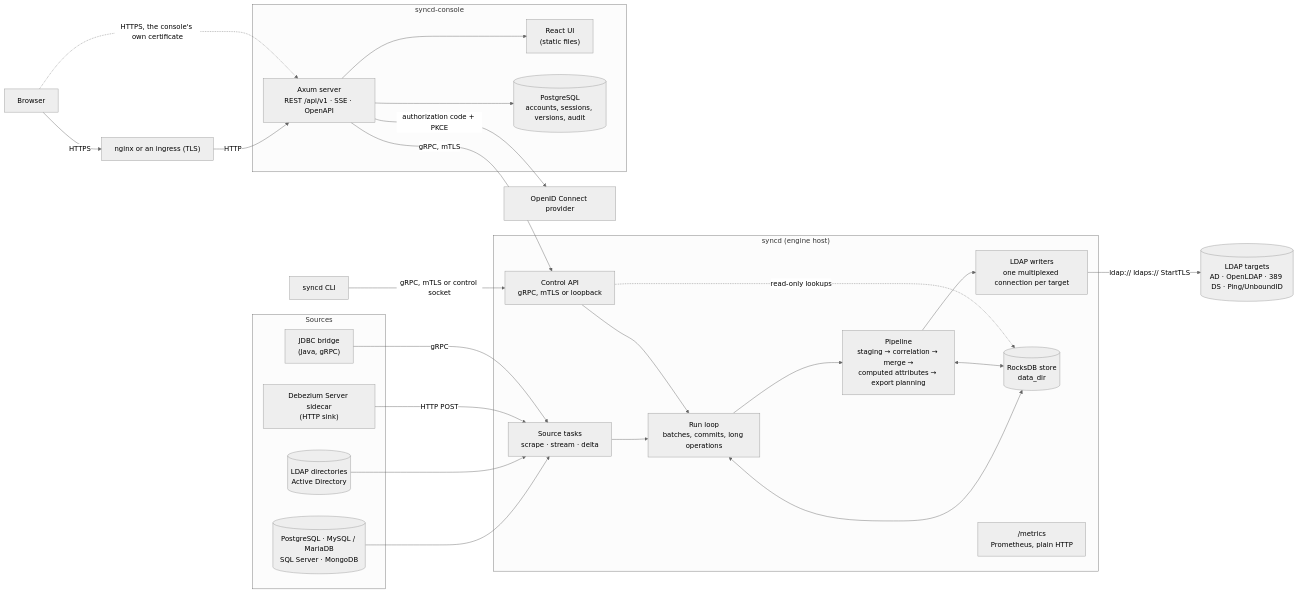
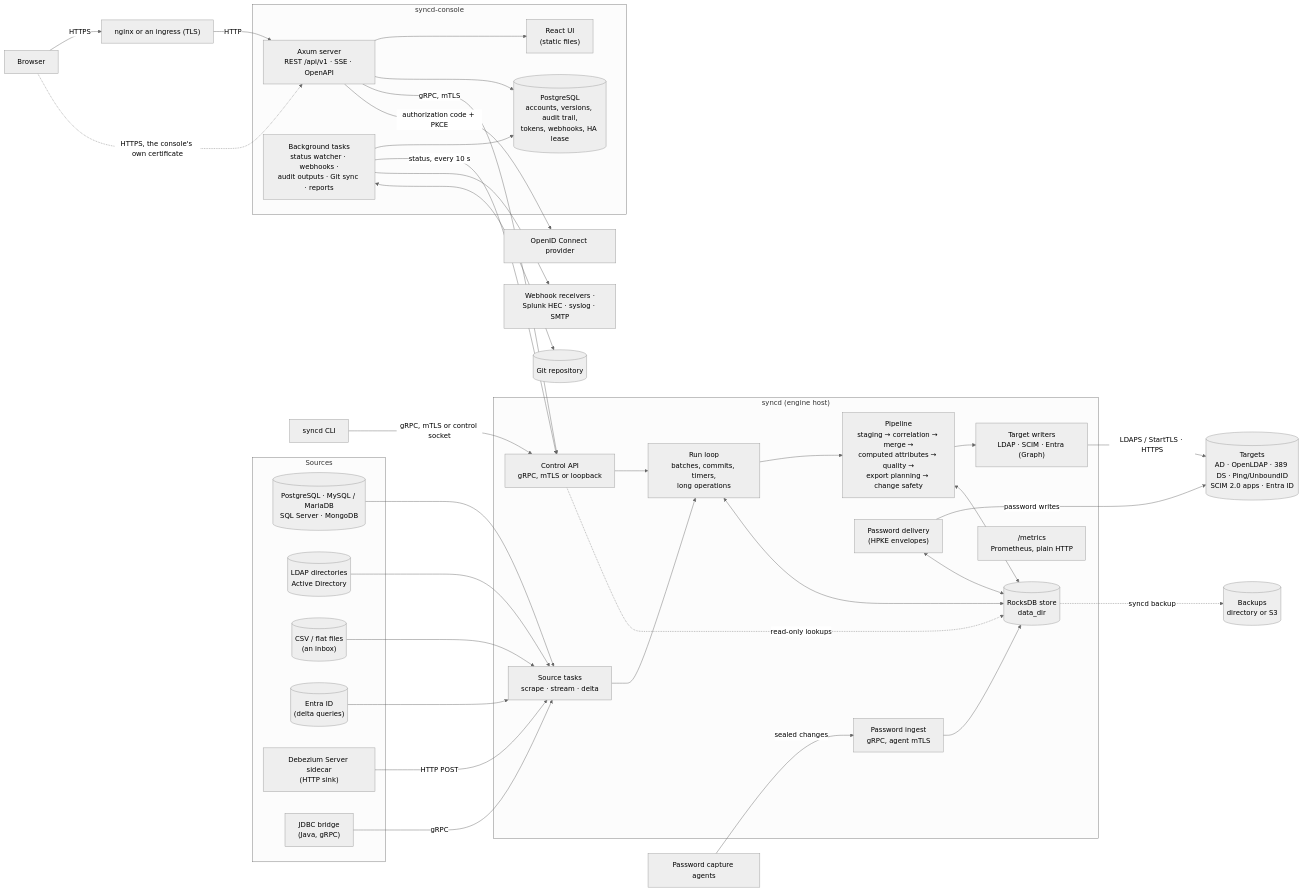
One commit to winllc/ens-apps-documentation changed the first of 8 diagrams in docs/syncd/architecture.md. Above: the diagram before and after it, drawn with Mermaid (neutral theme). The commit also changed other lines of this file and 3 other files, not shown here.

````diff
--- a/docs/syncd/architecture.md
+++ b/docs/syncd/architecture.md
@@ -17,45 +19,64 @@
 ```mermaid
 flowchart LR
     subgraph Sources
         DB[("PostgreSQL · MySQL / MariaDB<br/>SQL Server · MongoDB")]
         DIR[("LDAP directories<br/>Active Directory")]
+        CSV[("CSV / flat files<br/>(an inbox)")]
+        ENS[("Entra ID<br/>(delta queries)")]
         DBZ["Debezium Server sidecar<br/>(HTTP sink)"]
         JDBC["JDBC bridge<br/>(Java, gRPC)"]
     end
     subgraph Engine["syncd (engine host)"]
         ING["Source tasks<br/>scrape · stream · delta"]
-        LOOP["Run loop<br/>batches, commits, long operations"]
-        PIPE["Pipeline<br/>staging → correlation → merge →<br/>computed attributes → export planning"]
-        WR["LDAP writers<br/>one multiplexed connection per target"]
+        LOOP["Run loop<br/>batches, commits, timers,<br/>long operations"]
+        PIPE["Pipeline<br/>staging → correlation → merge →<br/>computed attributes → quality →<br/>export planning → change safety"]
+        WR["Target writers<br/>LDAP · SCIM · Entra (Graph)"]
+        PW["Password delivery<br/>(HPKE envelopes)"]
         STORE[("RocksDB store<br/>data_dir")]
         API["Control API<br/>gRPC, mTLS or loopback"]
+        PIN["Password ingest<br/>gRPC, agent mTLS"]
         MET["/metrics<br/>Prometheus, plain HTTP"]
     end
     subgraph Console["syncd-console"]
         SRV["Axum server<br/>REST /api/v1 · SSE · OpenAPI"]
+        BG["Background tasks<br/>status watcher · webhooks ·<br/>audit outputs · Git sync · reports"]
         UI["React UI<br/>(static files)"]
-        PG[("PostgreSQL<br/>accounts, sessions, versions, audit")]
+        PG[("PostgreSQL<br/>accounts, versions, audit trail,<br/>tokens, webhooks, HA lease")]
     end
-    TGT[("LDAP targets<br/>AD · OpenLDAP · 389 DS · Ping/UnboundID")]
+    TGT[("Targets<br/>AD · OpenLDAP · 389 DS · Ping/UnboundID<br/>SCIM 2.0 apps · Entra ID")]
+    AG["Password capture agents"]
     NGX["nginx or an ingress (TLS)"]
     BR["Browser"]
     CLI["syncd CLI"]
     OIDC["OpenID Connect provider"]
+    OUT["Webhook receivers ·<br/>Splunk HEC · syslog · SMTP"]
+    GIT[("Git repository")]
+    BK[("Backups<br/>directory or S3")]
 
     DB --> ING
     DIR --> ING
+    CSV --> ING
+    ENS --> ING
     DBZ -->|"HTTP POST"| ING
     JDBC -->|gRPC| ING
-    ING --> LOOP --> PIPE --> WR -->|"ldap:// ldaps:// StartTLS"| TGT
+    ING --> LOOP --> PIPE --> WR -->|"LDAPS / StartTLS · HTTPS"| TGT
+    PW -->|"password writes"| TGT
     LOOP <--> STORE
     PIPE <--> STORE
+    PW <--> STORE
     API --> LOOP
     API -.read-only lookups.-> STORE
+    AG -->|"sealed changes"| PIN --> STORE
+    STORE -.->|"syncd backup"| BK
     BR -->|HTTPS| NGX -->|"HTTP"| SRV
     BR -.->|"HTTPS, the console's own certificate"| SRV
     SRV --> UI
     SRV --> PG
+    BG --> PG
     SRV -->|"gRPC, mTLS"| API
+    BG -->|"status, every 10 s"| API
+    BG --> OUT
+    BG <--> GIT
     CLI -->|"gRPC, mTLS or control socket"| API
     SRV -->|"authorization code + PKCE"| OIDC
 ```
````
